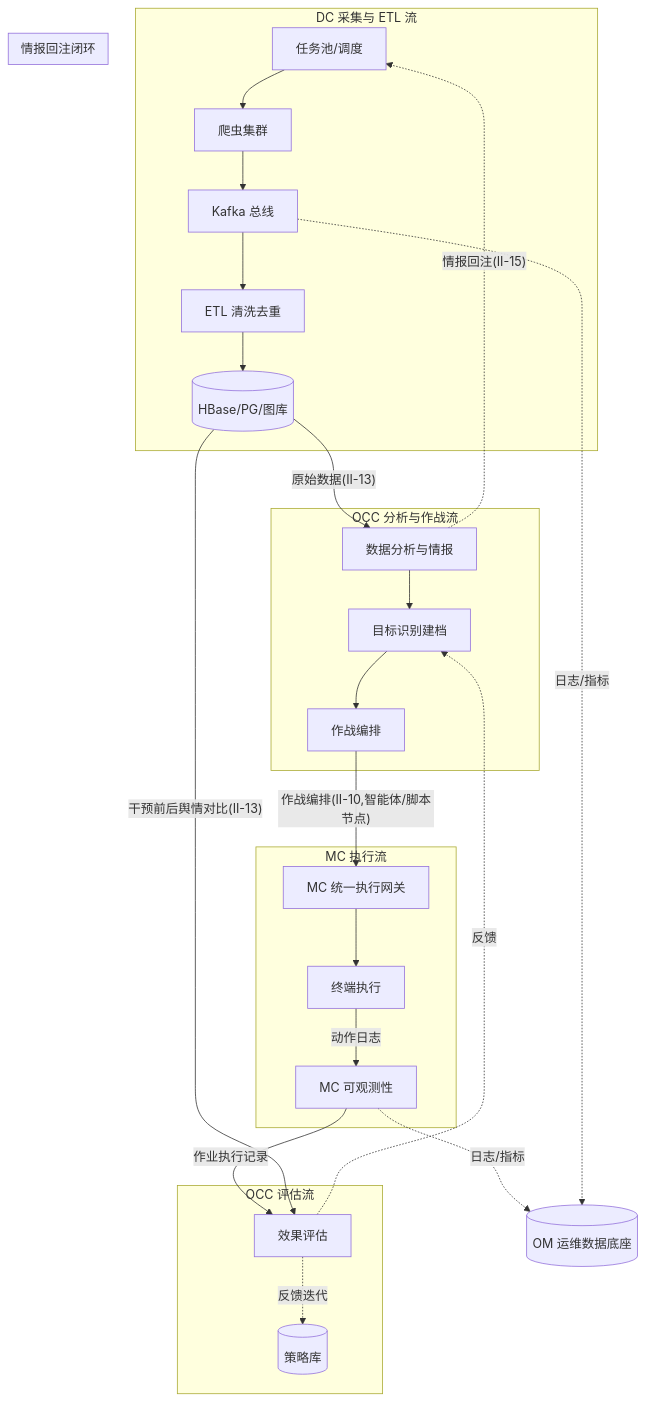
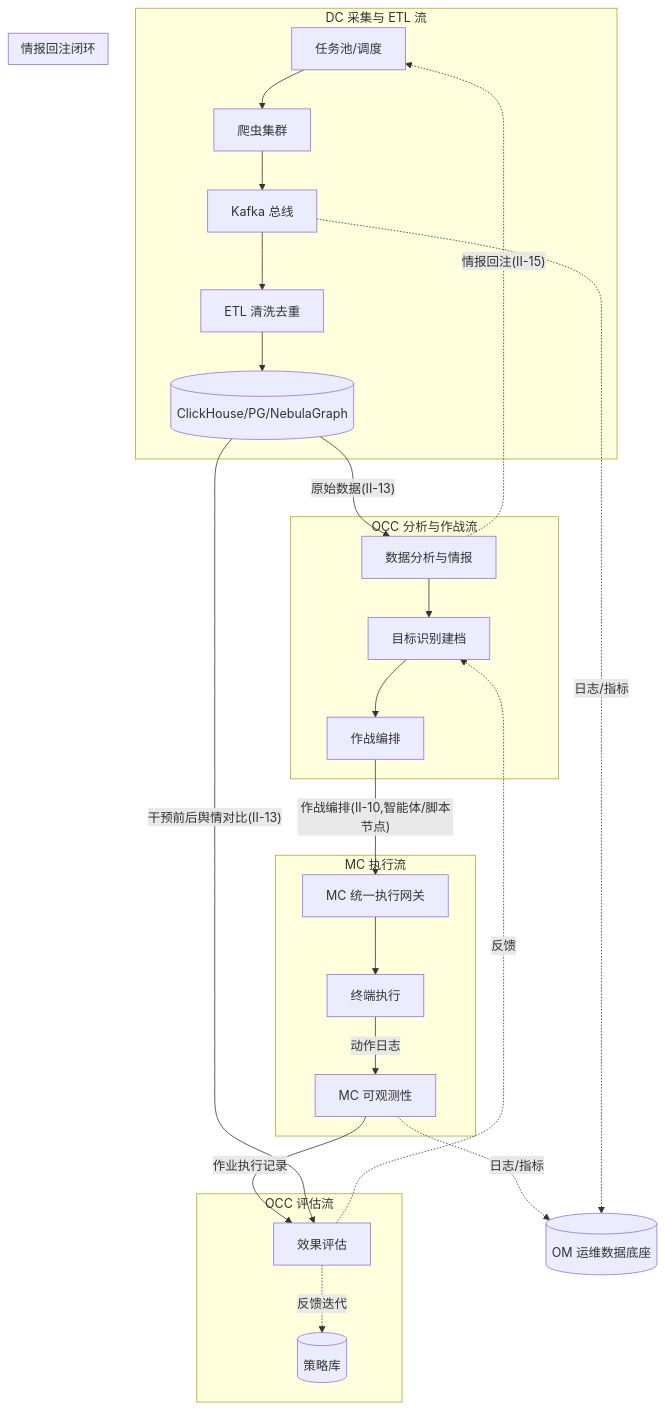
One commit to Sj-g/obsidian changed the seventh of 14 diagrams in 公司项目/认知作战/文档/软件概要设计说明.md. Above: the diagram before and after it, drawn with Mermaid. The commit also changed other lines of this file and 7 other files, not shown here.

````diff
--- a/公司项目/认知作战/文档/软件概要设计说明.md
+++ b/公司项目/认知作战/文档/软件概要设计说明.md
@@ -213,27 +213,27 @@
 ```mermaid
 flowchart TB
     subgraph 采集["DC 采集与 ETL 流"]
         T1["任务池/调度"] --> T2["爬虫集群"] --> T3["Kafka 总线"]
-        T3 --> T4["ETL 清洗去重"] --> T5[("HBase/PG/图库")]
+        T3 --> T4["ETL 清洗去重"] --> T5[("ClickHouse/PG/NebulaGraph")]
     end
     subgraph 作战["OCC 分析与作战流"]
         T5 -->|"原始数据(II-13)"| O0["数据分析与情报"]
         O0 --> O1["目标识别建档"]
         O1 --> O2["作战编排"]
     end
     subgraph 执行["MC 执行流"]
         O2 -->|"作战编排(II-10,智能体/脚本节点)"| M1["MC 统一执行网关"]
         M1 --> M2["终端执行"]
         M2 -->|"动作日志"| M3["MC 可观测性"]
     end
     subgraph 回注["情报回注闭环"]
         O0 -.->|"情报回注(II-15)"| T1
     end
     subgraph 评估["OCC 评估流"]
         M3 -->|"作业执行记录"| O4["效果评估"]
         T5 -->|"干预前后舆情对比(II-13)"| O4
         O4 -.->|"反馈迭代"| O5[("策略库")]
         O4 -.->|"反馈"| O1
     end
     M3 & T3 -.->|"日志/指标"| OM[("OM 运维数据底座")]
 ```
````
